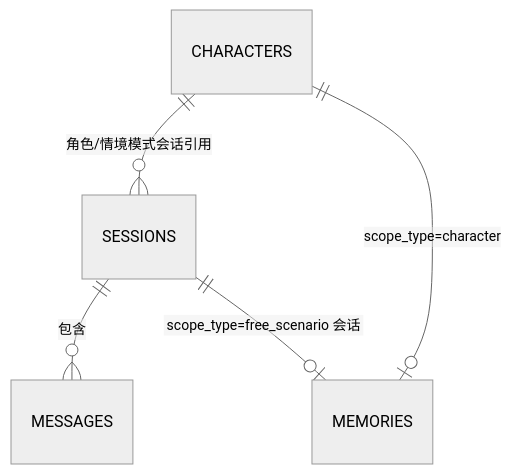
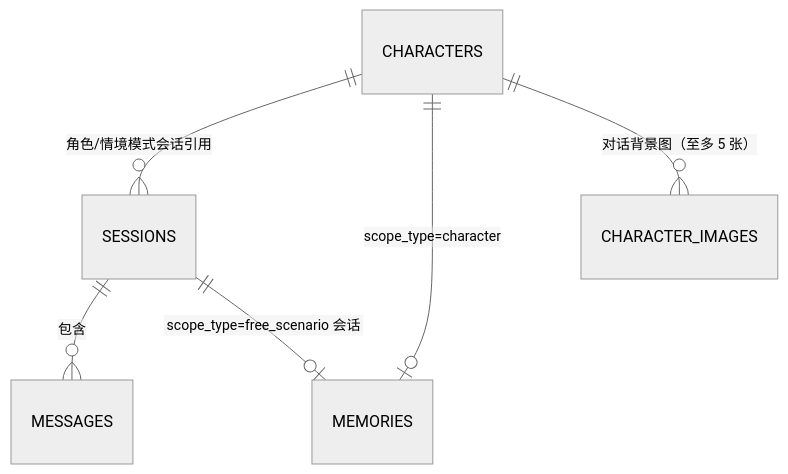
The second of 2 diagrams in DEVELOPMENT.md (camoilo/wonder-realm), drawn with Mermaid (neutral theme) before and after one commit. The commit also changed other lines of this file and 8 other files, not shown here.

First line of the commit message:
角色对话背景图：每角色至多 5 张，对话区背景可上一张/下一张切换

````diff
--- a/DEVELOPMENT.md
+++ b/DEVELOPMENT.md
@@ -231,7 +231,8 @@
 ```mermaid
 erDiagram
     CHARACTERS ||--o{ SESSIONS : "角色/情境模式会话引用"
     SESSIONS ||--o{ MESSAGES : "包含"
     CHARACTERS ||--o| MEMORIES : "scope_type=character"
     SESSIONS ||--o| MEMORIES : "scope_type=free_scenario 会话"
+    CHARACTERS ||--o{ CHARACTER_IMAGES : "对话背景图（至多 5 张）"
 ```
````
